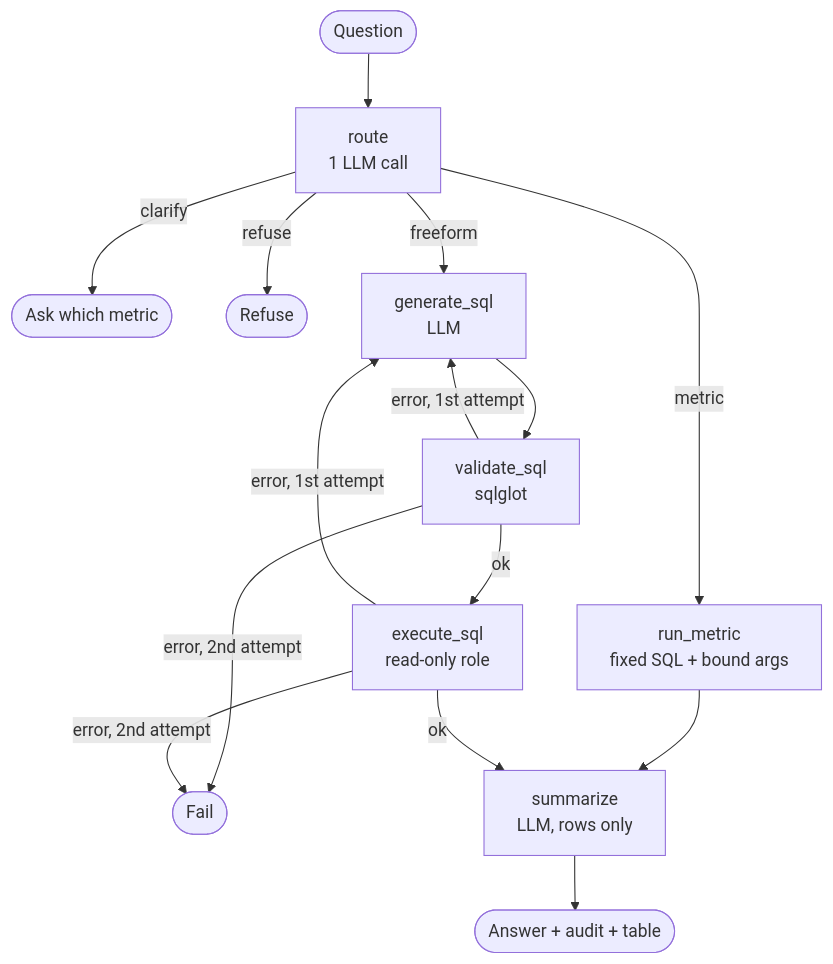
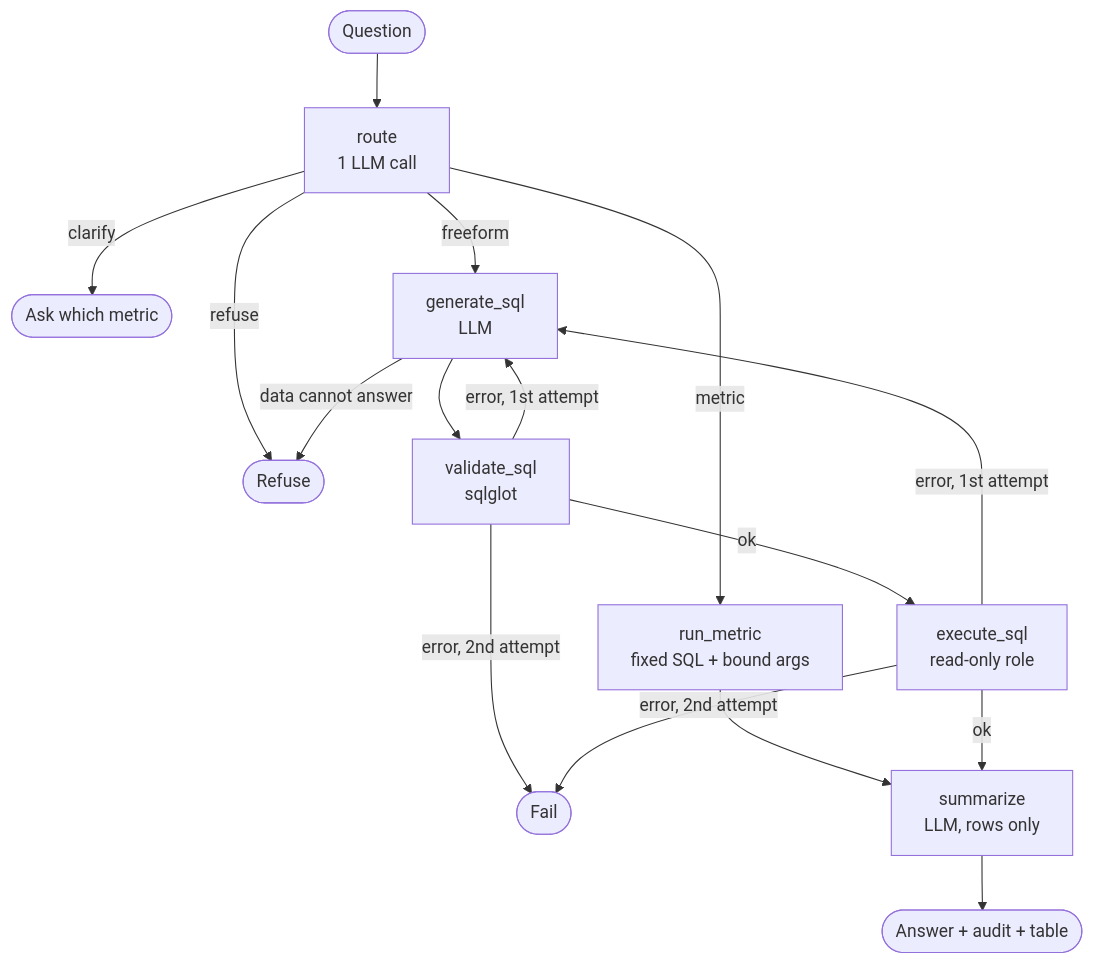
One commit to Tanmay-Singh-24/TrueMetric changed the diagram in docs/ARCHITECTURE.md. Above: the diagram before and after it, drawn with Mermaid. The commit also changed other lines of this file and 14 other files, not shown here.

````diff
--- a/docs/ARCHITECTURE.md
+++ b/docs/ARCHITECTURE.md
@@ -42,17 +42,18 @@
 ```mermaid
 flowchart TD
     Q([Question]) --> R[route<br/>1 LLM call]
     R -- metric --> M[run_metric<br/>fixed SQL + bound args]
     R -- clarify --> C([Ask which metric])
     R -- refuse --> X([Refuse])
     R -- freeform --> G[generate_sql<br/>LLM]
     G --> V[validate_sql<br/>sqlglot]
+    G -- data cannot answer --> X
     V -- ok --> E[execute_sql<br/>read-only role]
     V -- error, 1st attempt --> G
     E -- error, 1st attempt --> G
     V -- error, 2nd attempt --> F([Fail])
     E -- error, 2nd attempt --> F
     M --> S[summarize<br/>LLM, rows only]
     E -- ok --> S
     S --> A([Answer + audit + table])
 ```
````
